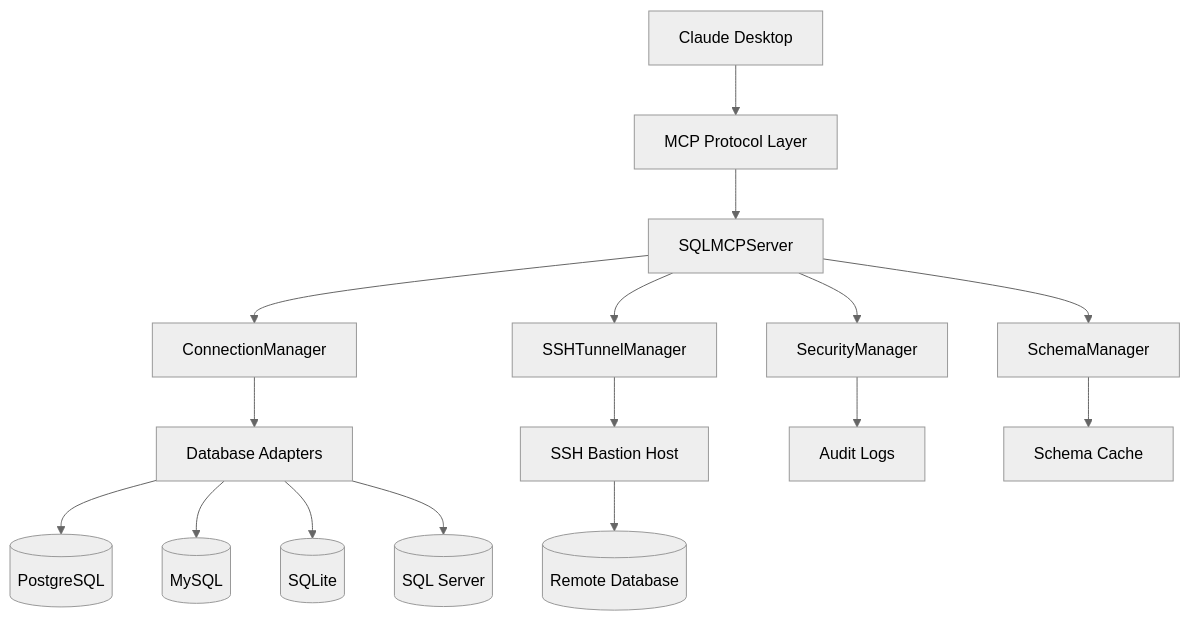
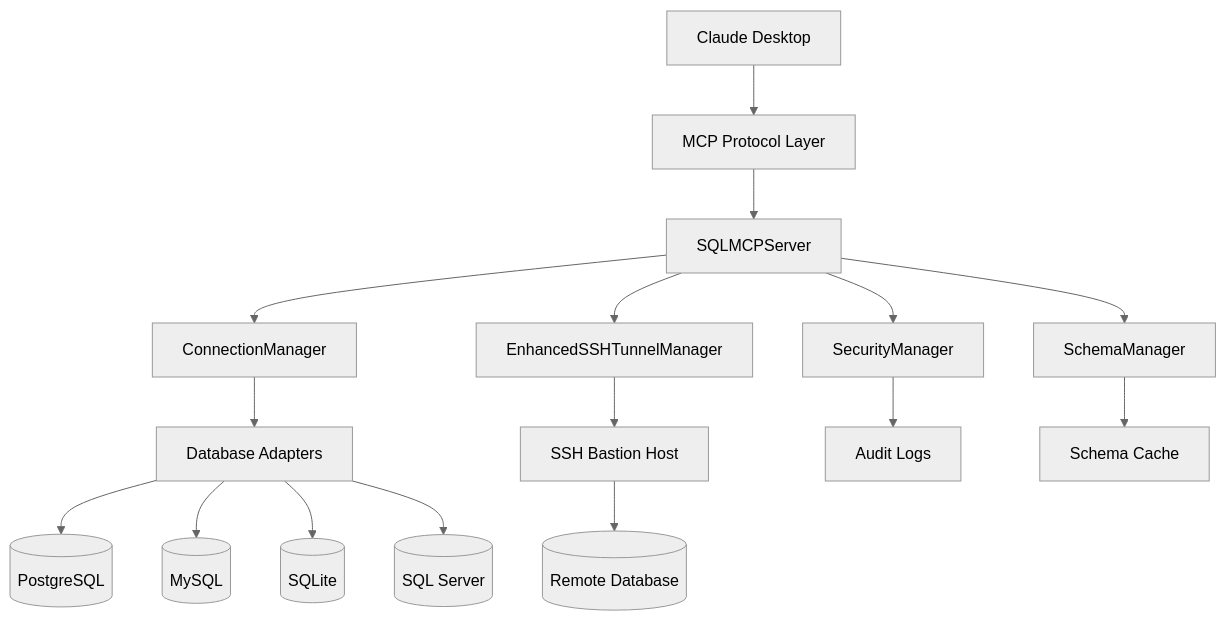
Before and after one commit to AraneaDev/sql-access: the first of 6 diagrams in docs/architecture/system-architecture.md, drawn with Mermaid (neutral theme). The commit also changed other lines of this file and 3 other files, not shown here.

````diff
--- a/docs/architecture/system-architecture.md
+++ b/docs/architecture/system-architecture.md
@@ -7,21 +7,21 @@
 ```mermaid
 graph TB
  Claude[Claude Desktop] --> MCP[MCP Protocol Layer]
  MCP --> Server[SQLMCPServer]
  Server --> Security[SecurityManager]
  Server --> Connection[ConnectionManager]
  Server --> Schema[SchemaManager]
- Server --> SSH[SSHTunnelManager]
+ Server --> SSH[EnhancedSSHTunnelManager]
  
  Connection --> Adapters[Database Adapters]
  Adapters --> PostgreSQL[(PostgreSQL)]
  Adapters --> MySQL[(MySQL)]
  Adapters --> SQLite[(SQLite)]
  Adapters --> MSSQL[(SQL Server)]
  
  SSH --> Bastion[SSH Bastion Host]
  Bastion --> RemoteDB[(Remote Database)]
  
  Security --> Audit[Audit Logs]
  Schema --> Cache[Schema Cache]
 ```
````
